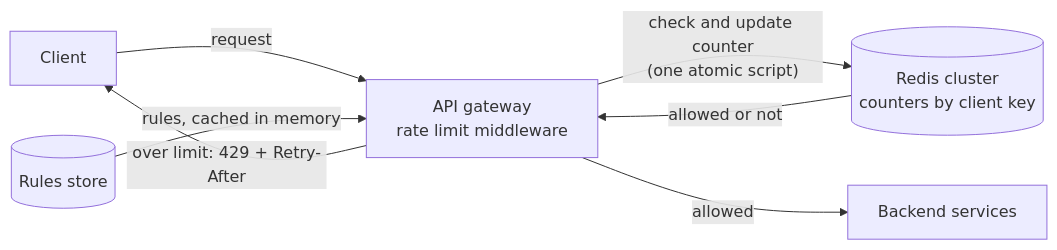
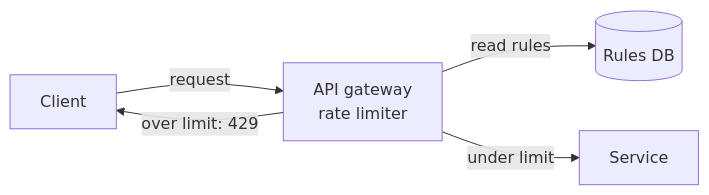
Before and after one commit to aaryan-pradhan/core-cs-fundamentals: the first of 2 diagrams in hld/29-rate-limiter.md, drawn with Mermaid. The commit also changed other lines of this file, not shown here.

````diff
--- a/hld/29-rate-limiter.md
+++ b/hld/29-rate-limiter.md
@@ -62,9 +45,7 @@
 ```mermaid
 flowchart LR
-    C["Client"] -->|"request"| GW["API gateway<br/>rate limit middleware"]
-    RC[("Rules store")] -->|"rules, cached in memory"| GW
-    GW -->|"check and update counter<br/>(one atomic script)"| R[("Redis cluster<br/>counters by client key")]
-    R -->|"allowed or not"| GW
-    GW -->|"allowed"| S["Backend services"]
-    GW -->|"over limit: 429 + Retry-After"| C
+    C["Client"] -->|"request"| GW["API gateway<br/>rate limiter"]
+    GW -->|"read rules"| DB[("Rules DB")]
+    GW -->|"under limit"| S["Service"]
+    GW -->|"over limit: 429"| C
 ```
````
